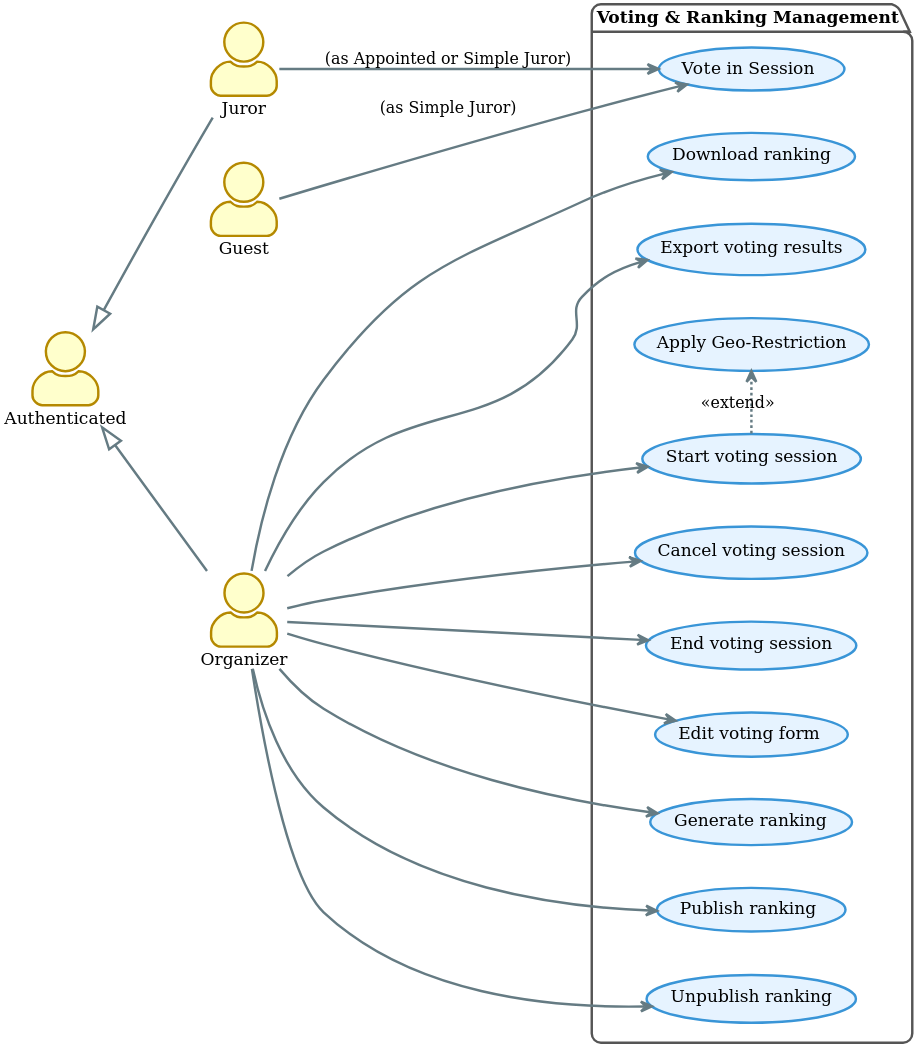
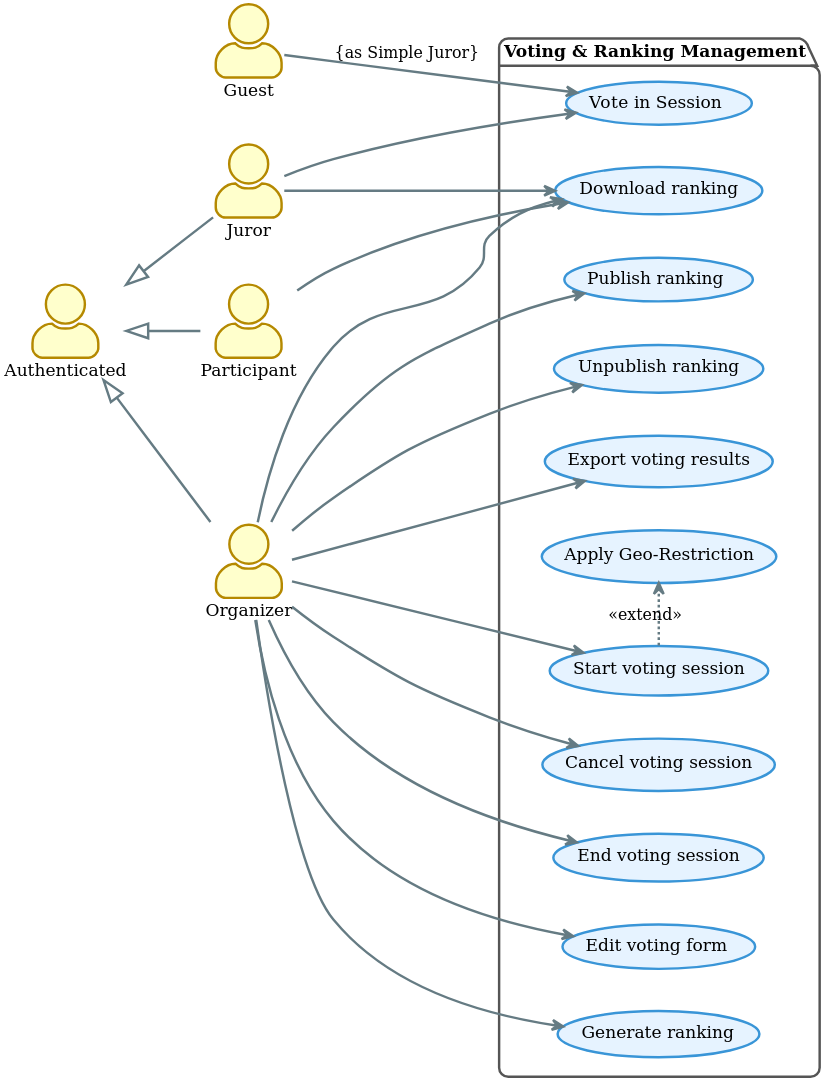
Before and after one commit to TMoretta/Swift-Contest: the diagram in thesis/diagrams/src/use-case-diagram-3.puml, drawn with PlantUML. The commit also changed 31 other files, not shown here.

Commit message:
Updated diagrams

```diff
--- a/thesis/diagrams/src/use-case-diagram-3.puml
+++ b/thesis/diagrams/src/use-case-diagram-3.puml
@@ -1,78 +1,83 @@
 @startuml
 
 !theme sunlust
 left to right direction
 skinparam dpi 300
 skinparam backgroundColor transparent
 skinparam actorStyle awesome
 skinparam shadowing false
 
 skinparam package {
     backgroundColor #FFFFFF
     borderColor #555555
 }
 skinparam usecase {
   backgroundColor #E6F3FF
   borderColor #3995D7
 }
 
 ' =======================================
-' Attori
+' Attori (Gerarchia Completa)
 ' =======================================
 actor Guest
 actor Authenticated
+actor Juror
+actor Participant
 actor Organizer
-actor Juror
 
+Authenticated <|-- Juror
 Authenticated <|-- Organizer
-Authenticated <|-- Juror
+Authenticated <|-- Participant
 
 ' =======================================
 ' Packages e Casi d'Uso
 ' =======================================
 
 package "Voting & Ranking Management" {
   usecase "Vote in Session" as UC_VoteInSession
-  
+
   usecase "Start voting session" as UC_StartVotingSession
   usecase "Cancel voting session" as UC_CancelVotingSession
   usecase "End voting session" as UC_EndVotingSession
   usecase "Apply Geo-Restriction" as UC_ApplyGeoRestriction
 
   usecase "Edit voting form" as UC_EditJuryForm
 
   usecase "Generate ranking" as UC_GenerateRanking
   usecase "Publish ranking" as UC_PublishRanking
   usecase "Unpublish ranking" as UC_UnpublishRanking
   usecase "Download ranking" as UC_DownloadRanking
-  
+
   usecase "Export voting results" as UC_ExportVotingResults
 }
 
 ' =======================================
 ' Connessioni
 ' =======================================
 
-' Guest
-Guest --> UC_VoteInSession : (as Simple Juror)
+' Guest (come Giurato Semplice)
+Guest --> UC_VoteInSession : {as Simple Juror}
 
-' Juror
-Juror --> UC_VoteInSession : (as Appointed or Simple Juror)
+' Juror (sia Nominato che Semplice)
+Juror --> UC_VoteInSession
+Juror --> UC_DownloadRanking
 
 ' Organizer
 Organizer --> UC_EditJuryForm
 Organizer --> UC_StartVotingSession
 Organizer --> UC_CancelVotingSession
 Organizer --> UC_EndVotingSession
 Organizer --> UC_GenerateRanking
 Organizer --> UC_PublishRanking
 Organizer --> UC_UnpublishRanking
 Organizer --> UC_DownloadRanking
 Organizer --> UC_ExportVotingResults
 
+Participant --> UC_DownloadRanking
+
 ' =======================================
 ' Relazioni tra Casi d'Uso
 ' =======================================
 (UC_StartVotingSession) .> (UC_ApplyGeoRestriction) : <<extend>>
 
 @enduml
```
